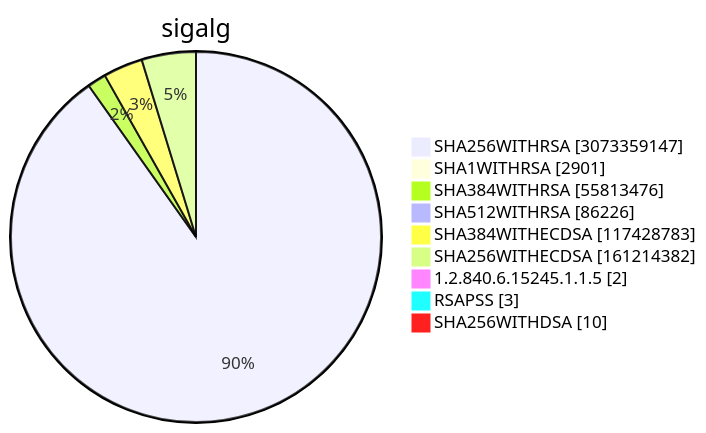
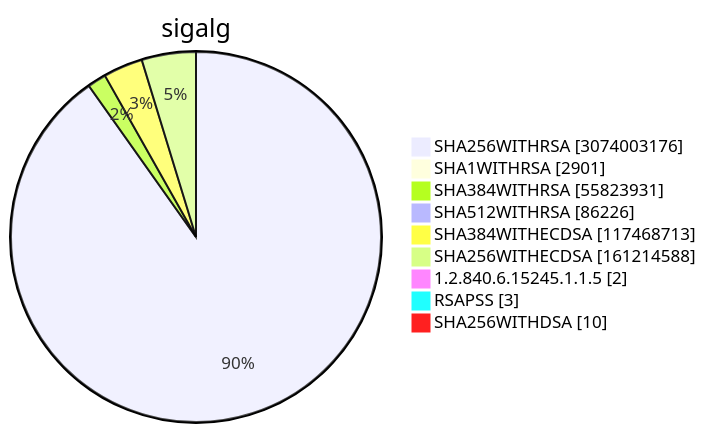
Diagram 15 of 15 in TOTAL/README.md (christiankrug/ctmonitor_visualization), drawn with Mermaid before and after one commit. The commit also changed other lines of this file, not shown here.

````diff
--- a/TOTAL/README.md
+++ b/TOTAL/README.md
@@ -6209,13 +6209,13 @@
 ```mermaid
 pie showData
 title sigalg
-"SHA256WITHRSA" :3073359147
+"SHA256WITHRSA" :3074003176
 "SHA1WITHRSA" :2901
-"SHA384WITHRSA" :55813476
+"SHA384WITHRSA" :55823931
 "SHA512WITHRSA" :86226
-"SHA384WITHECDSA" :117428783
-"SHA256WITHECDSA" :161214382
+"SHA384WITHECDSA" :117468713
+"SHA256WITHECDSA" :161214588
 "1.2.840.6.15245.1.1.5" :2
 "RSAPSS" :3
 "SHA256WITHDSA" :10
 ```
````
